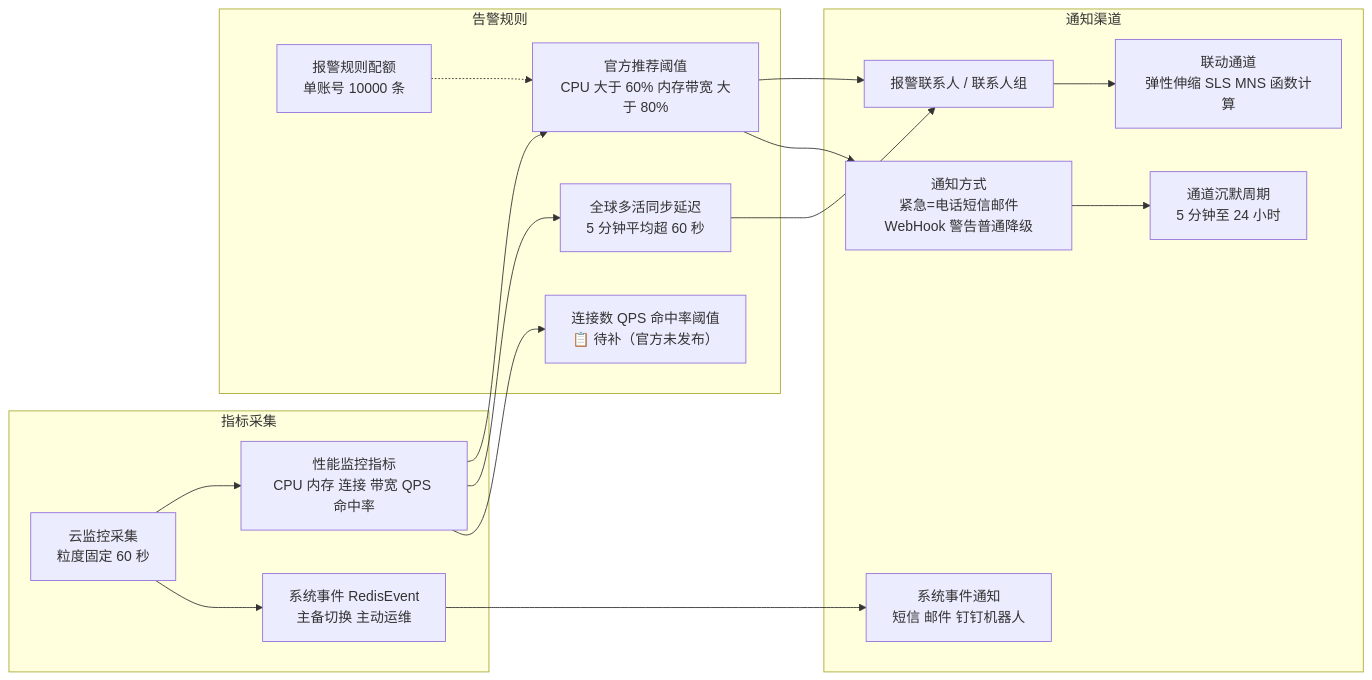
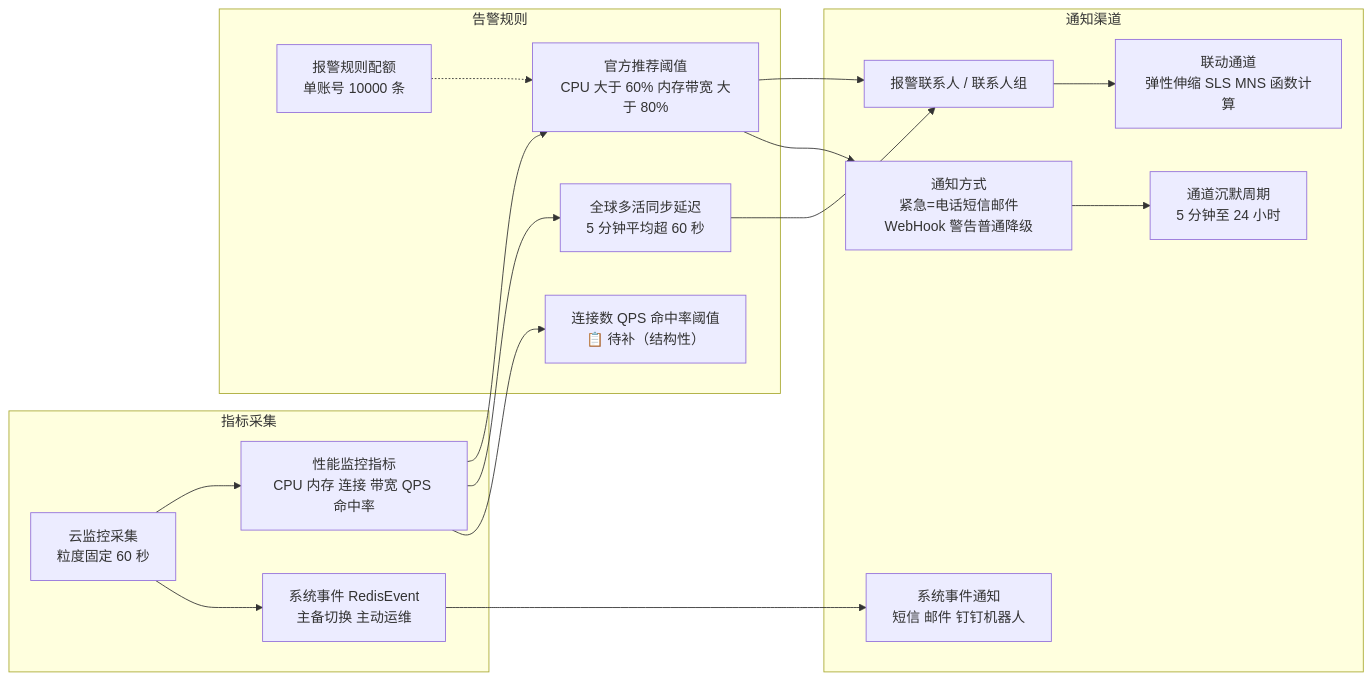
Before and after one commit to kudig-io/checky: the diagram in products/redis/09-监控与告警.md, drawn with Mermaid. The commit also changed other lines of this file and 103 other files, not shown here.

````diff
--- a/products/redis/09-监控与告警.md
+++ b/products/redis/09-监控与告警.md
@@ -7,33 +7,33 @@
 ```mermaid
 flowchart LR
   subgraph S1["指标采集"]
     A1["云监控采集<br/>粒度固定 60 秒"]
     A2["性能监控指标<br/>CPU 内存 连接 带宽 QPS 命中率"]
     A3["系统事件 RedisEvent<br/>主备切换 主动运维"]
   end
   subgraph S2["告警规则"]
     B1["官方推荐阈值<br/>CPU 大于 60% 内存带宽 大于 80%"]
     B2["全球多活同步延迟<br/>5 分钟平均超 60 秒"]
-    B3["连接数 QPS 命中率阈值<br/>📋 待补（官方未发布）"]
+    B3["连接数 QPS 命中率阈值<br/>📋 待补（结构性）"]
     B4["报警规则配额<br/>单账号 10000 条"]
   end
   subgraph S3["通知渠道"]
     C1["报警联系人 / 联系人组"]
     C2["通知方式<br/>紧急=电话短信邮件WebHook 警告普通降级"]
     C3["系统事件通知<br/>短信 邮件 钉钉机器人"]
     C4["联动通道<br/>弹性伸缩 SLS MNS 函数计算"]
     C5["通道沉默周期<br/>5 分钟至 24 小时"]
   end
   A1 --> A2
   A1 --> A3
   A2 --> B1
   A2 --> B2
   A2 --> B3
   B4 -.-> B1
   B1 --> C1
   B2 --> C1
   B1 --> C2
   A3 --> C3
   C1 --> C4
   C2 --> C5
 ```
````
